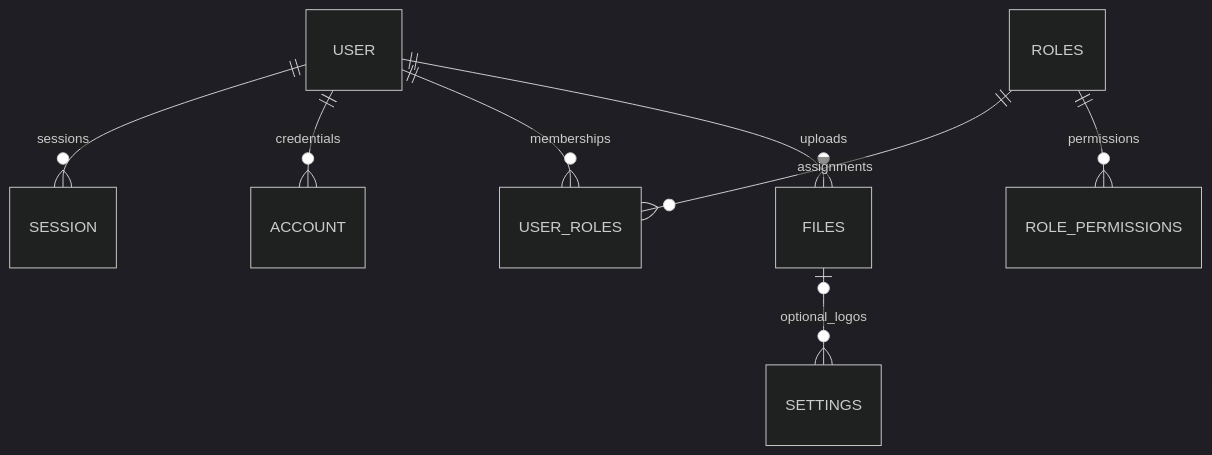
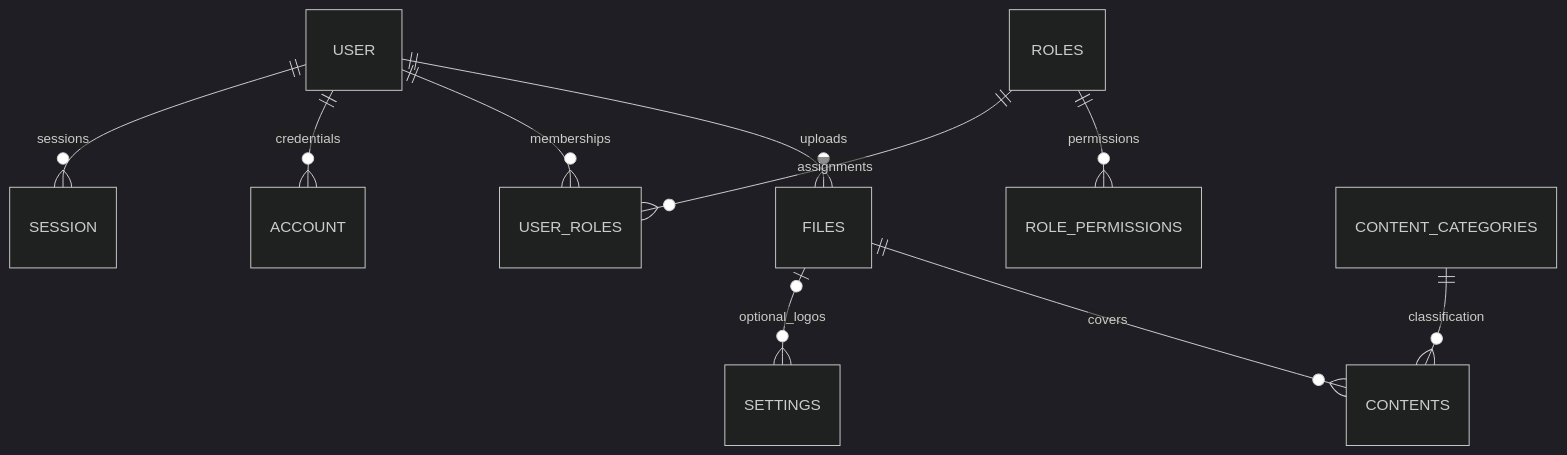
Before and after one commit to sepaseh/kernel-api: the diagram in docs/database-schema.md, drawn with Mermaid (dark theme). The commit also changed other lines of this file and 54 other files, not shown here.

````diff
--- a/docs/database-schema.md
+++ b/docs/database-schema.md
@@ -66,10 +68,12 @@
 ```mermaid
 erDiagram
     USER ||--o{ SESSION : sessions
     USER ||--o{ ACCOUNT : credentials
     USER ||--o{ USER_ROLES : memberships
     ROLES ||--o{ USER_ROLES : assignments
     ROLES ||--o{ ROLE_PERMISSIONS : permissions
     USER ||--o{ FILES : uploads
     FILES o|--o{ SETTINGS : optional_logos
+    FILES ||--o{ CONTENTS : covers
+    CONTENT_CATEGORIES ||--o{ CONTENTS : classification
 ```
````
